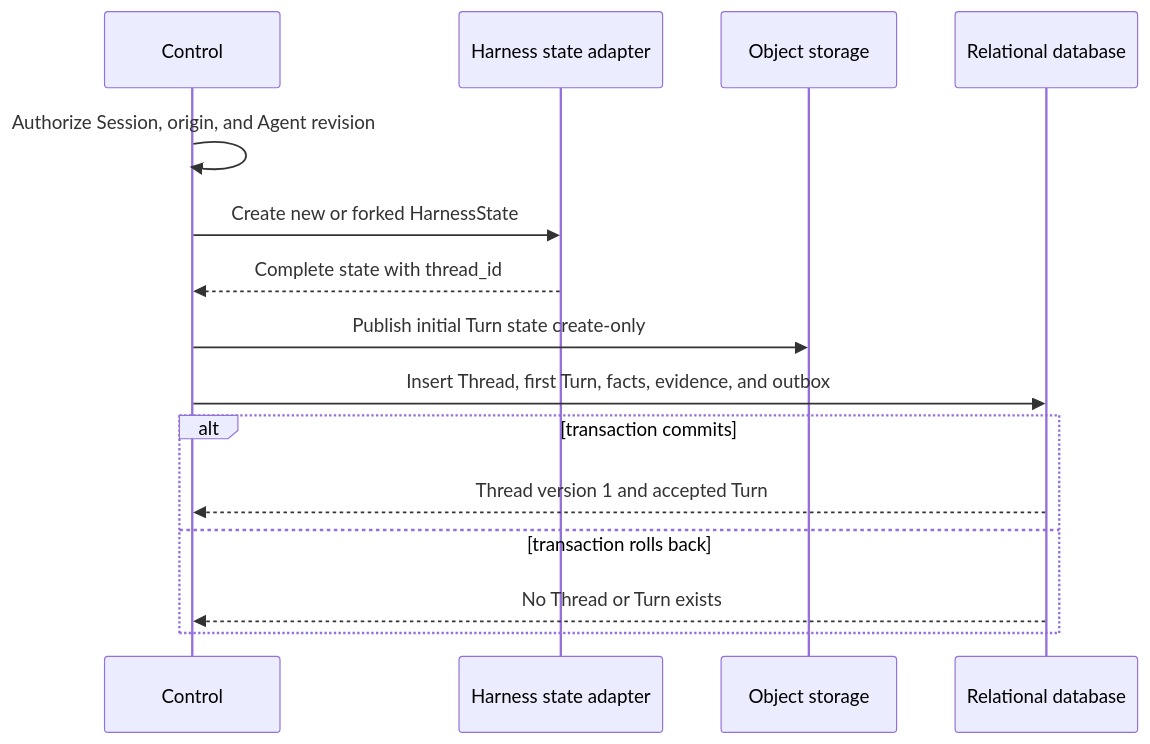
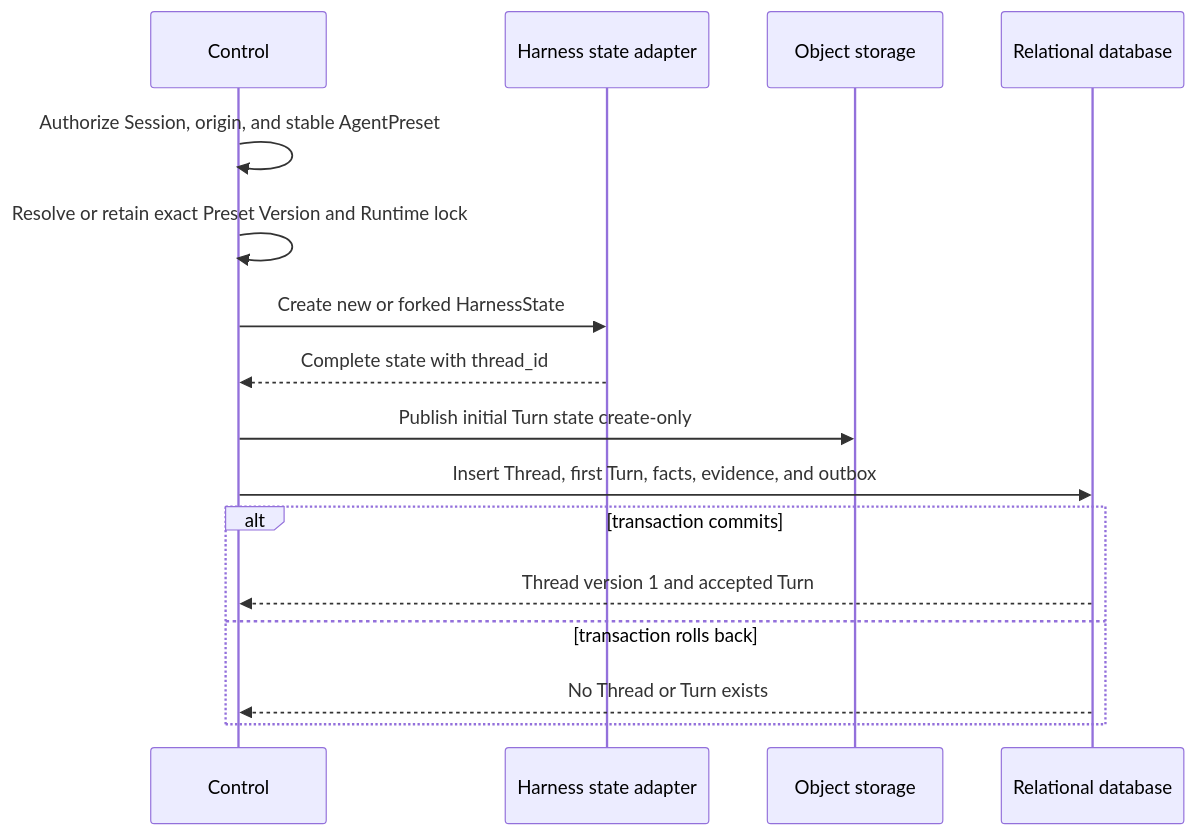
Before and after one commit to LTThreeComma/agent-foundation: the diagram in spec/foundation-service/24-thread-persistence.md, drawn with Mermaid. The commit also changed 23 other files, not shown here.

Commit message:
docs(foundation): define agent management runtime profiles (#42)

````diff
--- a/spec/foundation-service/24-thread-persistence.md
+++ b/spec/foundation-service/24-thread-persistence.md
@@ -197,18 +197,19 @@
 ```mermaid
 sequenceDiagram
     participant Control
     participant Harness as Harness state adapter
     participant Objects as Object storage
     participant DB as Relational database
 
-    Control->>Control: Authorize Session, origin, and Agent revision
+    Control->>Control: Authorize Session, origin, and stable AgentPreset
+    Control->>Control: Resolve or retain exact Preset Version and Runtime lock
     Control->>Harness: Create new or forked HarnessState
     Harness-->>Control: Complete state with thread_id
     Control->>Objects: Publish initial Turn state create-only
     Control->>DB: Insert Thread, first Turn, facts, evidence, and outbox
     alt transaction commits
         DB-->>Control: Thread version 1 and accepted Turn
     else transaction rolls back
         DB-->>Control: No Thread or Turn exists
     end
 ```
````
